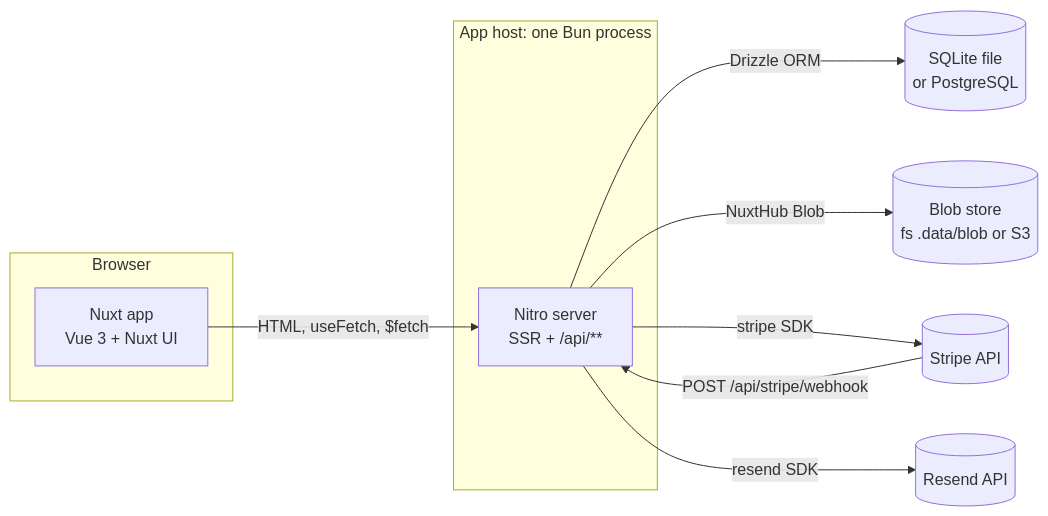
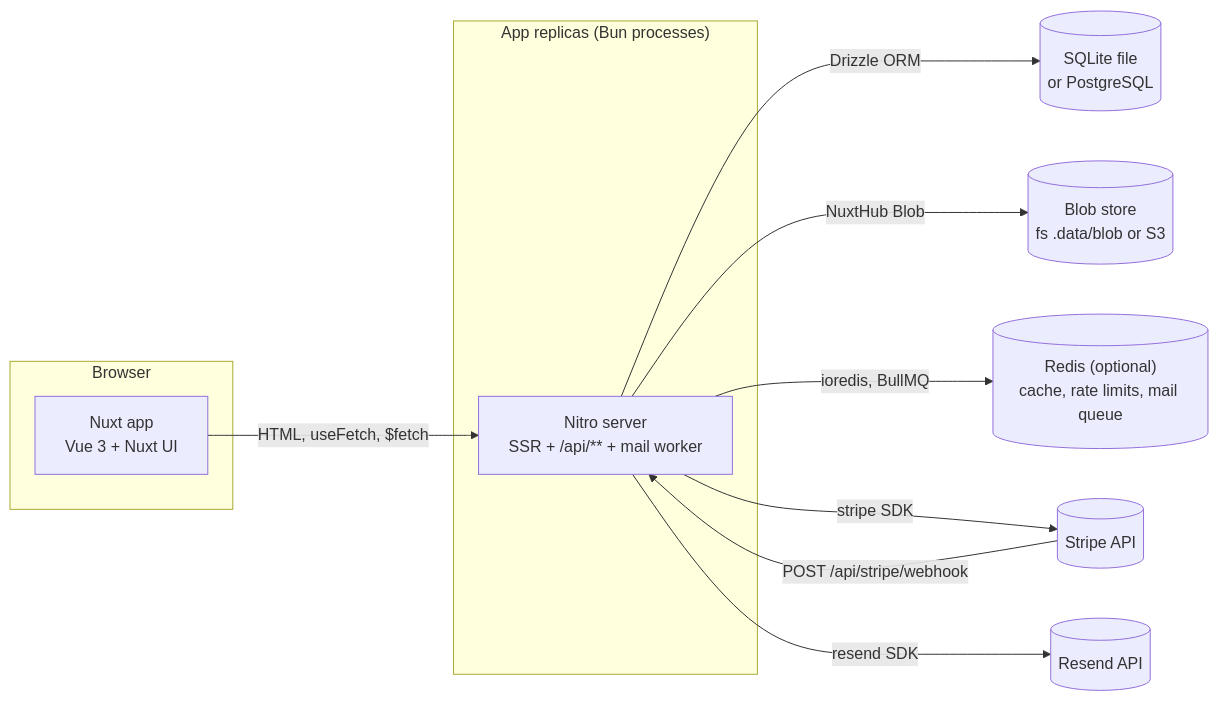
One commit to AlexGalhardo/nuxtjs-marketplace changed the second of 4 diagrams in docs/system-design/03-architecture.md. Above: the diagram before and after it, drawn with Mermaid. The commit also changed other lines of this file and 11 other files, not shown here.

````diff
--- a/docs/system-design/03-architecture.md
+++ b/docs/system-design/03-architecture.md
@@ -32,22 +32,24 @@
 ```mermaid
 flowchart LR
   subgraph client[Browser]
     vue[Nuxt app<br/>Vue 3 + Nuxt UI]
   end
 
-  subgraph host[App host: one Bun process]
-    nitro[Nitro server<br/>SSR + /api/**]
+  subgraph host["App replicas (Bun processes)"]
+    nitro["Nitro server<br/>SSR + /api/** + mail worker"]
   end
 
   db[(SQLite file<br/>or PostgreSQL)]
   blob[(Blob store<br/>fs .data/blob or S3)]
+  redis[("Redis (optional)<br/>cache, rate limits, mail queue")]
   stripe[(Stripe API)]
   resend[(Resend API)]
 
   vue -->|HTML, useFetch, $fetch| nitro
   nitro -->|Drizzle ORM| db
   nitro -->|NuxtHub Blob| blob
+  nitro -->|"ioredis, BullMQ"| redis
   nitro -->|stripe SDK| stripe
   stripe -->|POST /api/stripe/webhook| nitro
   nitro -->|resend SDK| resend
 ```
````
